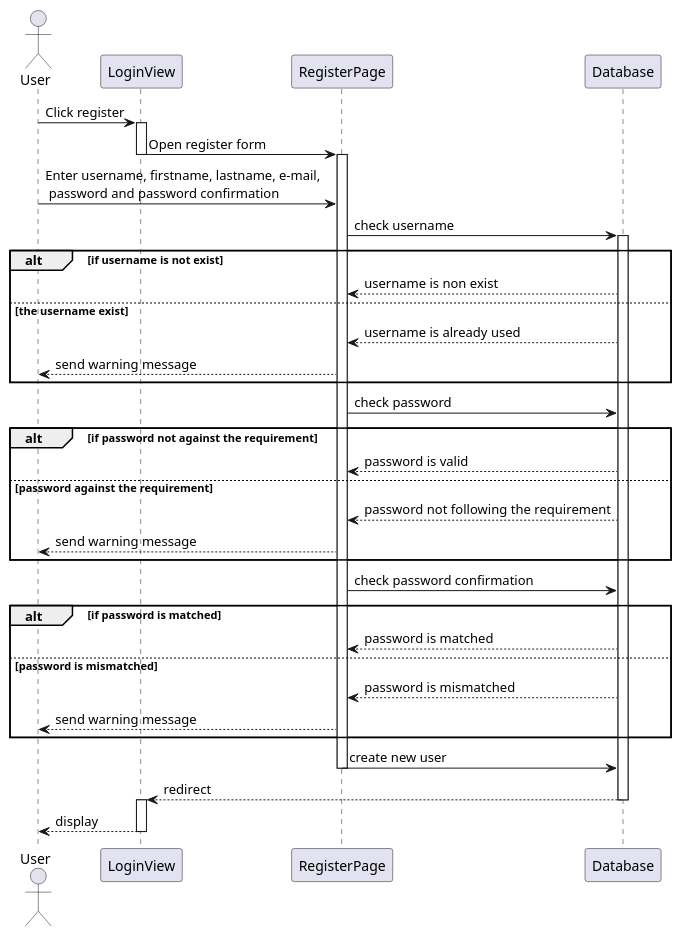
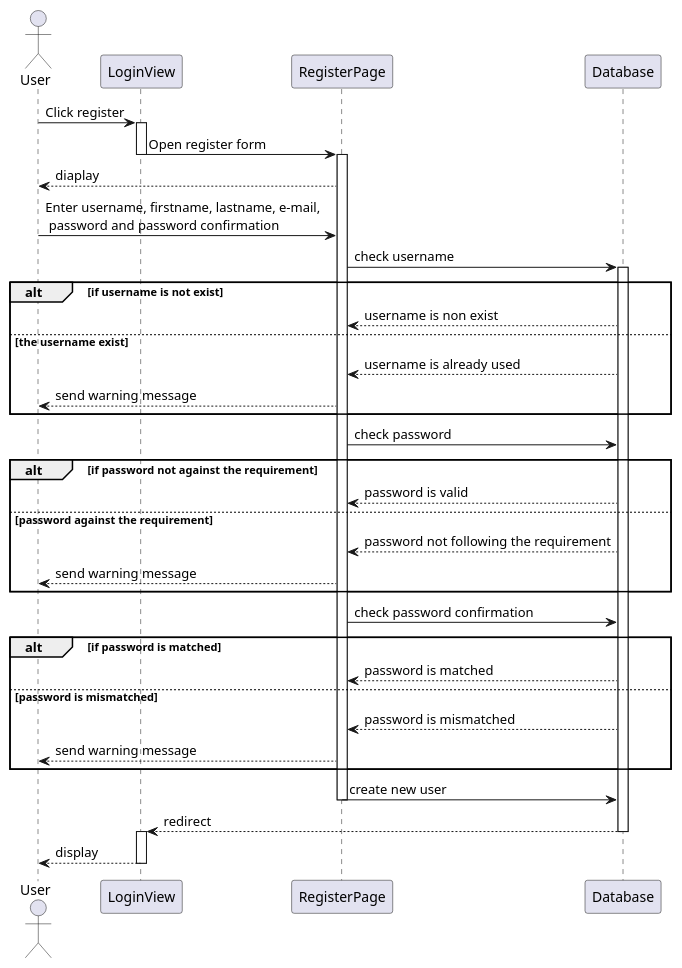
The diagram in sequence-diagram/web-client/register.wsd (Kritsanawipankhet/CE64-41), drawn with PlantUML before and after one commit.

Commit message:
Update register.wsd (#24)

```diff
--- a/sequence-diagram/web-client/register.wsd
+++ b/sequence-diagram/web-client/register.wsd
@@ -1,38 +1,39 @@
 @startuml
 Actor User
 User -> LoginView : Click register
 activate LoginView
 LoginView -> RegisterPage : Open register form
 deactivate LoginView
 activate RegisterPage
+RegisterPage --> User : diaplay
 User -> RegisterPage : Enter username, firstname, lastname, e-mail,\n password and password confirmation
 RegisterPage -> Database : check username
 activate Database
 alt if username is not exist
 Database --> RegisterPage : username is non exist
 else the username exist
 Database --> RegisterPage : username is already used
 RegisterPage --> User : send warning message
 end
 RegisterPage -> Database : check password
 alt if password not against the requirement
 Database --> RegisterPage : password is valid
 else password against the requirement
 Database --> RegisterPage : password not following the requirement
 RegisterPage --> User : send warning message
 end
 RegisterPage -> Database : check password confirmation
 alt if password is matched
 Database --> RegisterPage : password is matched
 else password is mismatched
 Database --> RegisterPage : password is mismatched
 RegisterPage --> User : send warning message
 end
 RegisterPage -> Database : create new user
 deactivate RegisterPage
 Database --> LoginView : redirect
 deactivate Database
 activate LoginView
 LoginView --> User : display
 deactivate LoginView
 @enduml
```
